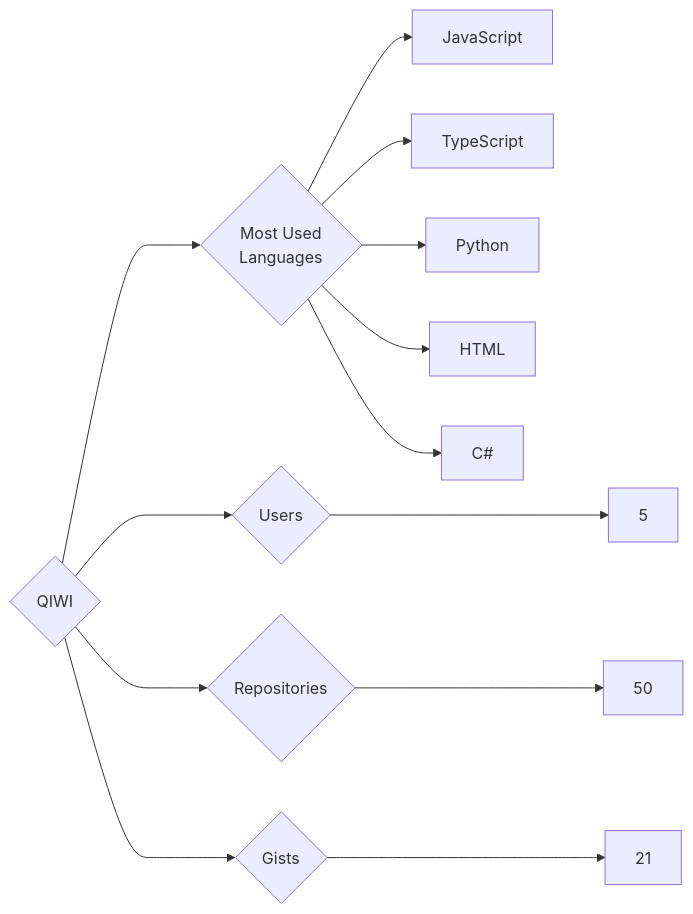
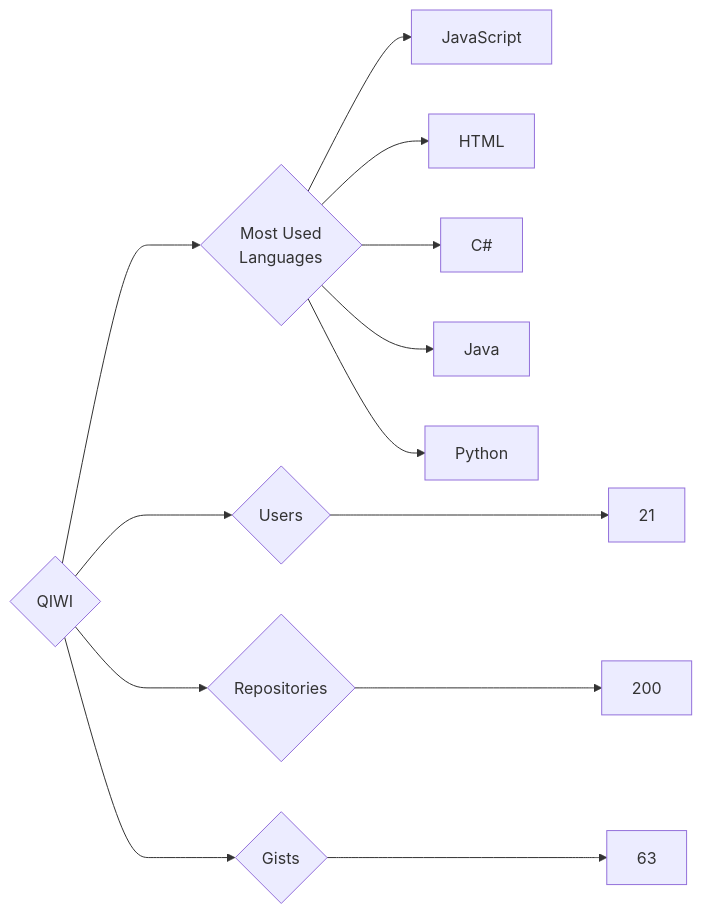
Before and after one commit to trickest/insiders: the diagram in targets/QIWI/README.md, drawn with Mermaid. The commit also changed 814 other files, not shown here.

````diff
--- a/targets/QIWI/README.md
+++ b/targets/QIWI/README.md
@@ -3,13 +3,13 @@
 ```mermaid
 graph LR
 COMPANY_NAME{QIWI}
-COMPANY_NAME ---> U{Users} ---> UN[5]
-COMPANY_NAME ---> R{Repositories} ---> RN[50]
-COMPANY_NAME ---> G{Gists} ---> GN[21]
+COMPANY_NAME ---> U{Users} ---> UN[21]
+COMPANY_NAME ---> R{Repositories} ---> RN[200]
+COMPANY_NAME ---> G{Gists} ---> GN[63]
 COMPANY_NAME ---> ML{Most Used<br>Languages}
 ML --> JavaScript[JavaScript]
-ML --> TypeScript[TypeScript]
-ML --> Python[Python]
 ML --> HTML[HTML]
 ML --> C#[C#]
+ML --> Java[Java]
+ML --> Python[Python]
 ```
````
